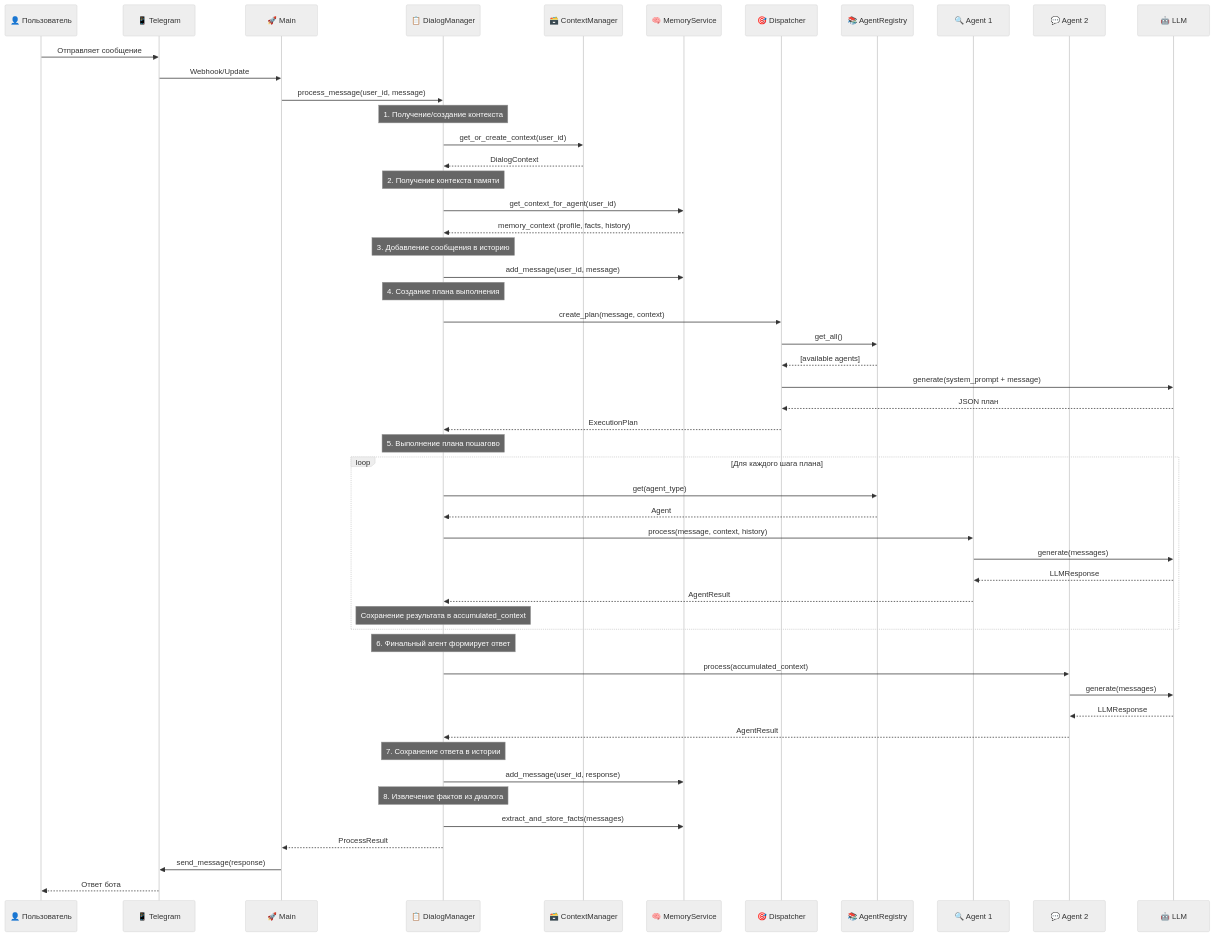
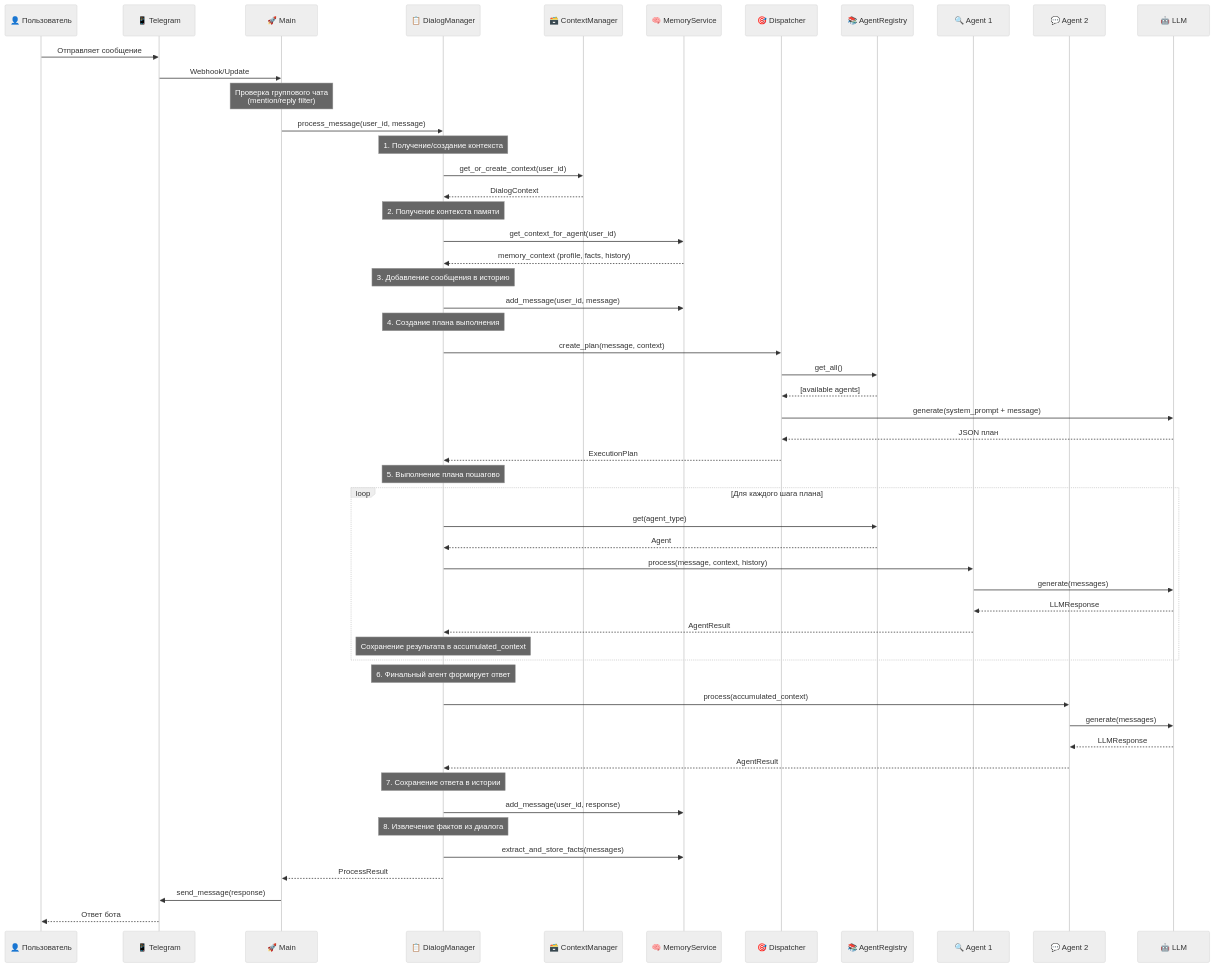
One commit to finnetrolle/nergal changed the fourth of 13 diagrams in docs/AGENT_ARCHITECTURE.md. Above: the diagram before and after it, drawn with Mermaid (neutral theme). The commit also changed other lines of this file and 5 other files, not shown here.

````diff
--- a/docs/AGENT_ARCHITECTURE.md
+++ b/docs/AGENT_ARCHITECTURE.md
@@ -206,65 +231,66 @@
 ```mermaid
 sequenceDiagram
     participant U as 👤 Пользователь
     participant T as 📱 Telegram
     participant M as 🚀 Main
     participant DM as 📋 DialogManager
     participant CM as 🗃️ ContextManager
     participant MS as 🧠 MemoryService
     participant D as 🎯 Dispatcher
     participant AR as 📚 AgentRegistry
     participant A1 as 🔍 Agent 1
     participant A2 as 💬 Agent 2
     participant LLM as 🤖 LLM
 
     U->>T: Отправляет сообщение
     T->>M: Webhook/Update
+    Note over M: Проверка группового чата<br/>(mention/reply filter)
     M->>DM: process_message(user_id, message)
     
     Note over DM: 1. Получение/создание контекста
     DM->>CM: get_or_create_context(user_id)
     CM-->>DM: DialogContext
     
     Note over DM: 2. Получение контекста памяти
     DM->>MS: get_context_for_agent(user_id)
     MS-->>DM: memory_context (profile, facts, history)
     
     Note over DM: 3. Добавление сообщения в историю
     DM->>MS: add_message(user_id, message)
     
     Note over DM: 4. Создание плана выполнения
     DM->>D: create_plan(message, context)
     D->>AR: get_all()
     AR-->>D: [available agents]
     D->>LLM: generate(system_prompt + message)
     LLM-->>D: JSON план
     D-->>DM: ExecutionPlan
     
     Note over DM: 5. Выполнение плана пошагово
     
     loop Для каждого шага плана
         DM->>AR: get(agent_type)
         AR-->>DM: Agent
         DM->>A1: process(message, context, history)
         A1->>LLM: generate(messages)
         LLM-->>A1: LLMResponse
         A1-->>DM: AgentResult
         Note over DM: Сохранение результата в accumulated_context
     end
     
     Note over DM: 6. Финальный агент формирует ответ
     DM->>A2: process(accumulated_context)
     A2->>LLM: generate(messages)
     LLM-->>A2: LLMResponse
     A2-->>DM: AgentResult
     
     Note over DM: 7. Сохранение ответа в истории
     DM->>MS: add_message(user_id, response)
     
     Note over DM: 8. Извлечение фактов из диалога
     DM->>MS: extract_and_store_facts(messages)
     
     DM-->>M: ProcessResult
     M->>T: send_message(response)
     T-->>U: Ответ бота
 ```
````
